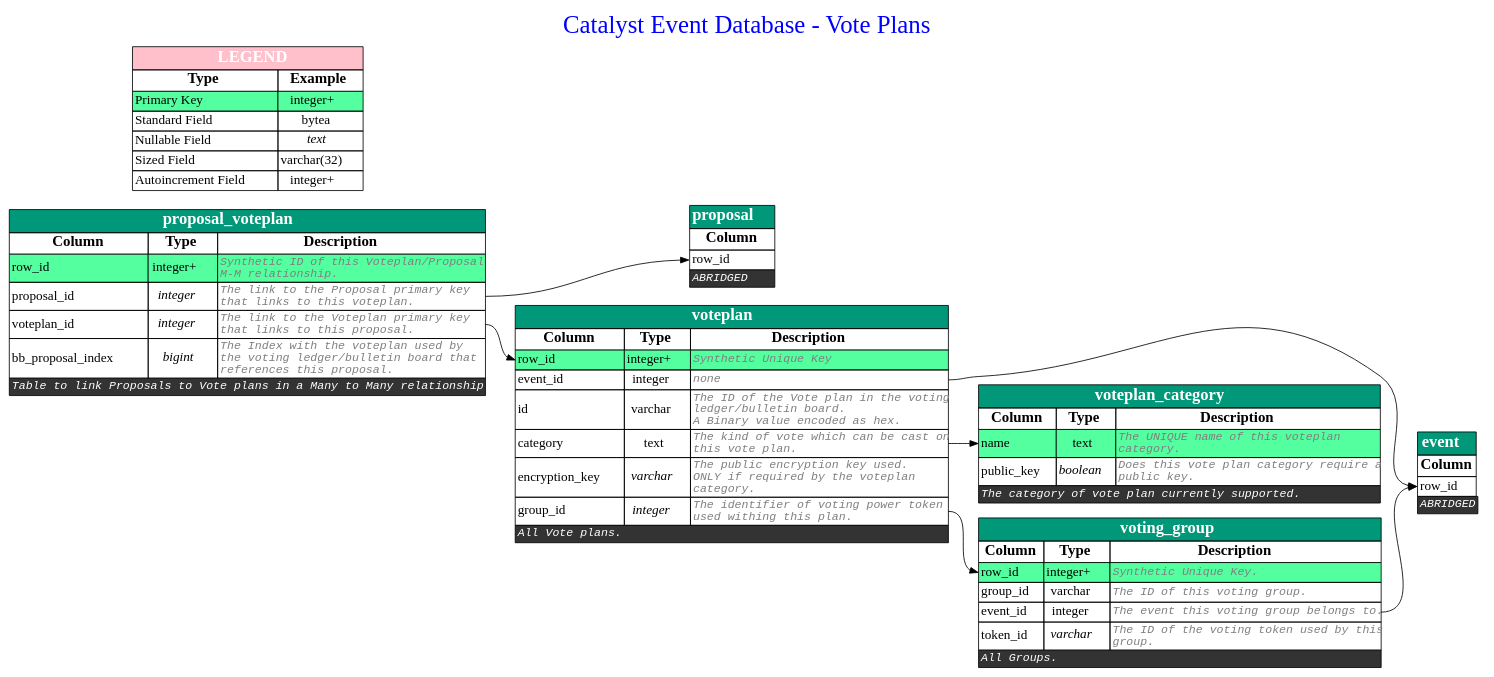
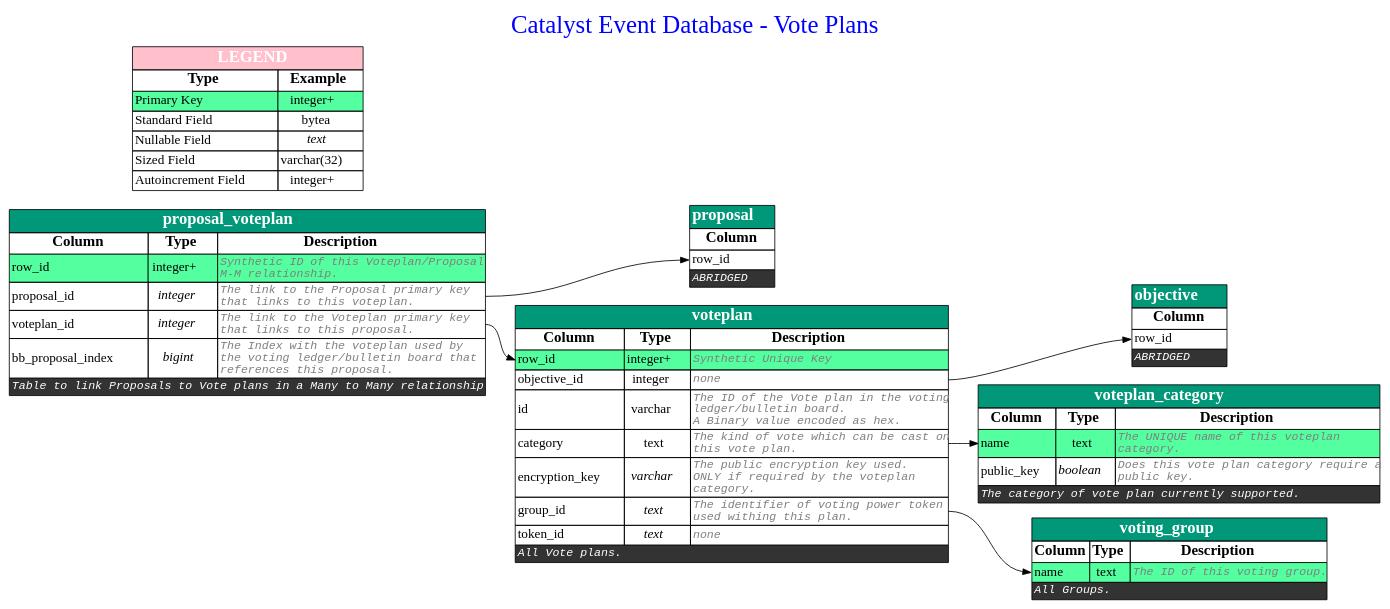
Before and after one commit to input-output-hk/catalyst-core: the diagram in main/08_event-db/db-diagrams/event-db-vote-plan.dot, drawn with Graphviz. The commit also changed 66 other files, not shown here.

```diff
--- a/main/08_event-db/db-diagrams/event-db-vote-plan.dot
+++ b/main/08_event-db/db-diagrams/event-db-vote-plan.dot
@@ -91,9 +91,9 @@
             </tr>
             
             <tr>
-                <td port="event_id"  align='text'><font>event_id</font><br align='left'/></td>
+                <td port="objective_id"  align='text'><font>objective_id</font><br align='left'/></td>
                 <td   ><font>integer</font></td>
-                <td port="event_id_out"  align='text'><font color='grey50' face='Monospace' point-size='14' ><i>none</i><br align="left"/></font></td>
+                <td port="objective_id_out"  align='text'><font color='grey50' face='Monospace' point-size='14' ><i>none</i><br align="left"/></font></td>
             </tr>
             
             <tr>
@@ -116,8 +116,14 @@
             
             <tr>
                 <td port="group_id"  align='text'><font>group_id</font><br align='left'/></td>
-                <td   ><font><i>integer</i></font></td>
+                <td   ><font><i>text</i></font></td>
                 <td port="group_id_out"  align='text'><font color='grey50' face='Monospace' point-size='14' ><i>The identifier of voting power token<br align='left'/>used withing this plan.</i><br align="left"/></font></td>
+            </tr>
+            
+            <tr>
+                <td port="token_id"  align='text'><font>token_id</font><br align='left'/></td>
+                <td   ><font><i>text</i></font></td>
+                <td port="token_id_out"  align='text'><font color='grey50' face='Monospace' point-size='14' ><i>none</i><br align="left"/></font></td>
             </tr>
             
 
@@ -185,27 +191,9 @@
 
             
             <tr>
-                <td port="row_id" bgcolor="seagreen1" align='text'><font>row_id</font><br align='left'/></td>
-                <td  bgcolor="seagreen1" ><font>integer+</font></td>
-                <td port="row_id_out" bgcolor="seagreen1" align='text'><font color='grey50' face='Monospace' point-size='14' ><i>Synthetic Unique Key.</i><br align="left"/></font></td>
-            </tr>
-            
-            <tr>
-                <td port="group_id"  align='text'><font>group_id</font><br align='left'/></td>
-                <td   ><font>varchar</font></td>
-                <td port="group_id_out"  align='text'><font color='grey50' face='Monospace' point-size='14' ><i>The ID of this voting group.</i><br align="left"/></font></td>
-            </tr>
-            
-            <tr>
-                <td port="event_id"  align='text'><font>event_id</font><br align='left'/></td>
-                <td   ><font>integer</font></td>
-                <td port="event_id_out"  align='text'><font color='grey50' face='Monospace' point-size='14' ><i>The event this voting group belongs to.</i><br align="left"/></font></td>
-            </tr>
-            
-            <tr>
-                <td port="token_id"  align='text'><font>token_id</font><br align='left'/></td>
-                <td   ><font><i>varchar</i></font></td>
-                <td port="token_id_out"  align='text'><font color='grey50' face='Monospace' point-size='14' ><i>The ID of the voting token used by this<br align='left'/>group.</i><br align="left"/></font></td>
+                <td port="name" bgcolor="seagreen1" align='text'><font>name</font><br align='left'/></td>
+                <td  bgcolor="seagreen1" ><font>text</font></td>
+                <td port="name_out" bgcolor="seagreen1" align='text'><font color='grey50' face='Monospace' point-size='14' ><i>The ID of this voting group.</i><br align="left"/></font></td>
             </tr>
             
 
@@ -223,10 +211,10 @@
 
     
 
-    "event" [label=<
+    "objective" [label=<
         <table border='0' cellborder='1' cellspacing='0'>
             <tr>
-                <td bgcolor='#009879' port='__title'><font color='white' face='Courier bold italic' point-size='20'><b>event</b></font></td>
+                <td bgcolor='#009879' port='__title'><font color='white' face='Courier bold italic' point-size='20'><b>objective</b></font></td>
             </tr>
             <tr>
                 <td><font color='black' face='Courier bold' point-size='18' ><b>Column</b></font></td>
@@ -310,13 +298,11 @@
     >];
 
     
-    "voting_group":"event_id_out" -> "event":"row_id"
-    
-    "voteplan":"event_id_out" -> "event":"row_id"
+    "voteplan":"objective_id_out" -> "objective":"row_id"
     
     "voteplan":"category_out" -> "voteplan_category":"name"
     
-    "voteplan":"group_id_out" -> "voting_group":"row_id"
+    "voteplan":"group_id_out" -> "voting_group":"name"
     
     "proposal_voteplan":"proposal_id_out" -> "proposal":"row_id"
     
```
